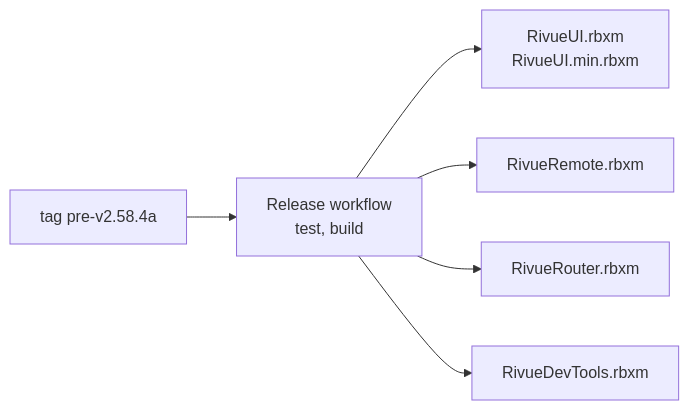
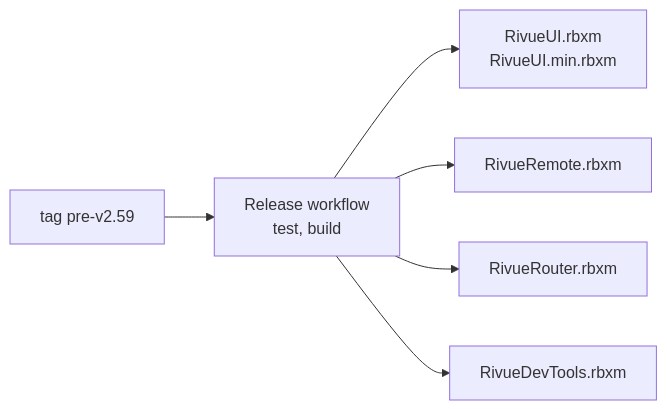
One commit to linhisreal/Rivue changed the first of 2 diagrams in docs/RELEASING.md. Above: the diagram before and after it, drawn with Mermaid. The commit also changed other lines of this file and 2 other files, not shown here.

Commit message:
docs: release notes for pre-v2.59

````diff
--- a/docs/RELEASING.md
+++ b/docs/RELEASING.md
@@ -19,8 +19,8 @@
 ```mermaid
 flowchart LR
-    T["tag pre-v2.58.4a"] --> W["Release workflow<br/>test, build"]
+    T["tag pre-v2.59"] --> W["Release workflow<br/>test, build"]
     W --> R1["RivueUI.rbxm<br/>RivueUI.min.rbxm"]
     W --> R2["RivueRemote.rbxm"]
     W --> R4["RivueRouter.rbxm"]
     W --> R3["RivueDevTools.rbxm"]
 ```
````
